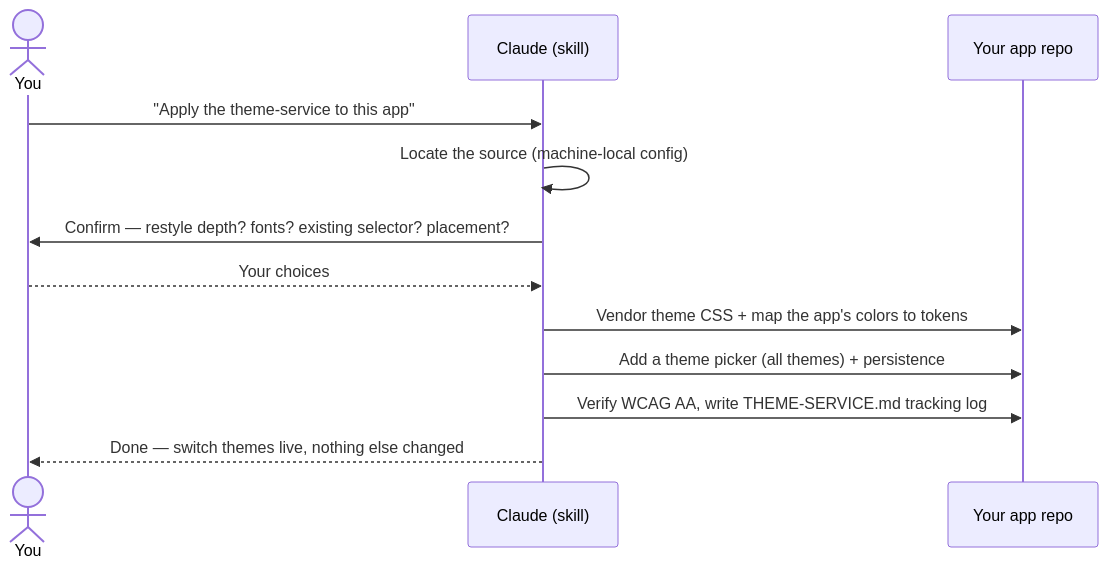
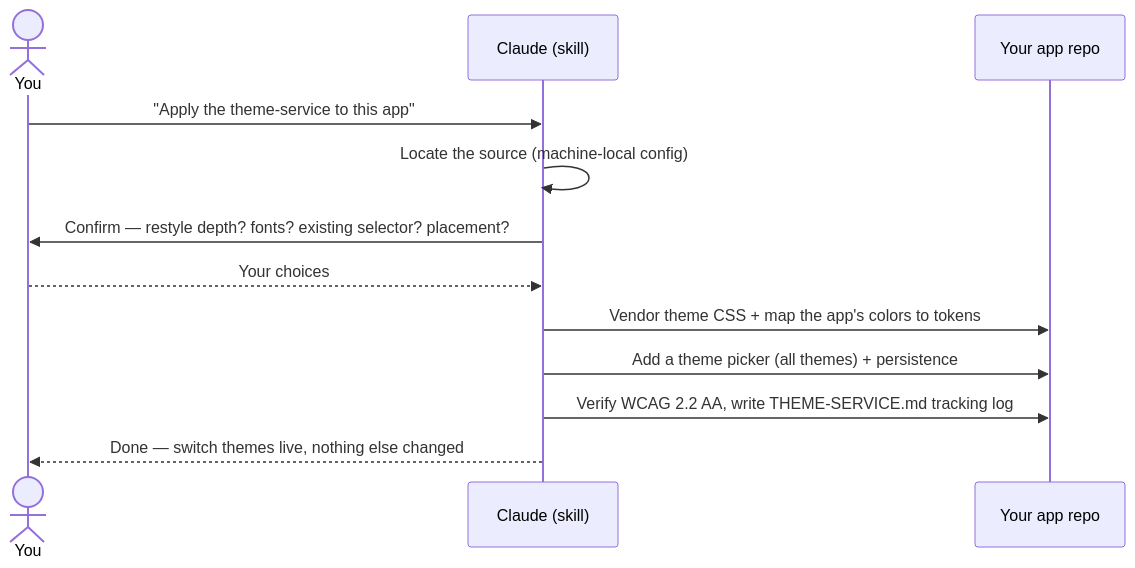
The third of 6 diagrams in docs/OVERVIEW.md (kaseycolian/theme-service), drawn with Mermaid before and after one commit. The commit also changed other lines of this file and 11 other files, not shown here.

````diff
--- a/docs/OVERVIEW.md
+++ b/docs/OVERVIEW.md
@@ -72,14 +67,14 @@
 ```mermaid
 sequenceDiagram
   actor You
   participant Agent as Claude (skill)
   participant App as Your app repo
   You->>Agent: "Apply the theme-service to this app"
   Agent->>Agent: Locate the source (machine-local config)
   Agent->>You: Confirm — restyle depth? fonts? existing selector? placement?
   You-->>Agent: Your choices
   Agent->>App: Vendor theme CSS + map the app's colors to tokens
   Agent->>App: Add a theme picker (all themes) + persistence
-  Agent->>App: Verify WCAG AA, write THEME-SERVICE.md tracking log
+  Agent->>App: Verify WCAG 2.2 AA, write THEME-SERVICE.md tracking log
   Agent-->>You: Done — switch themes live, nothing else changed
 ```
````
